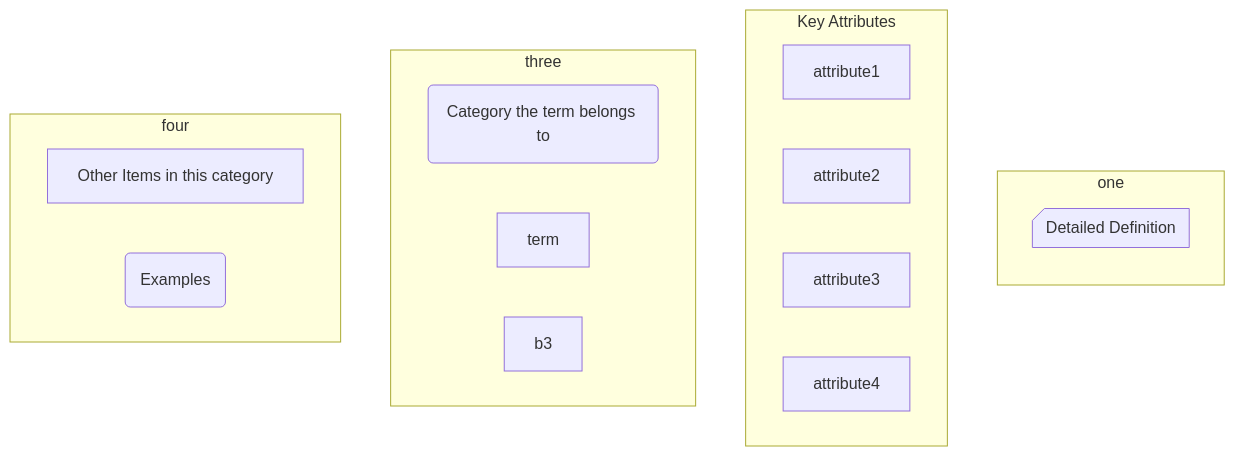
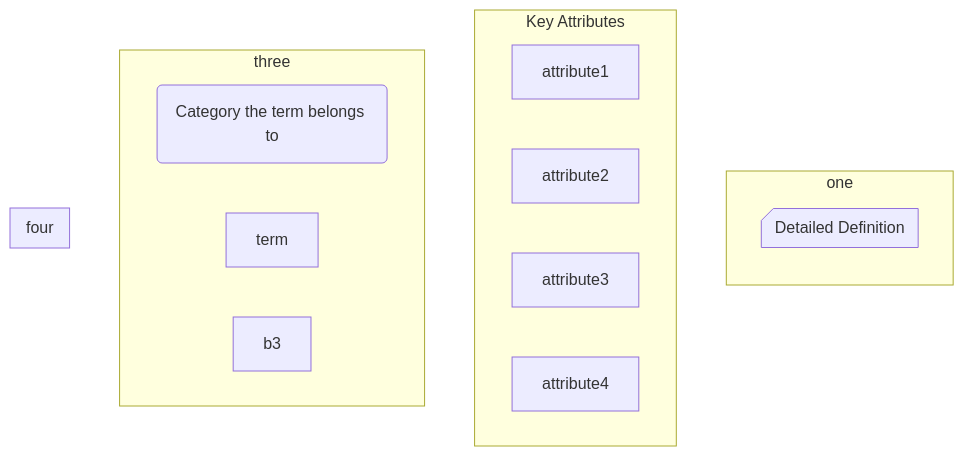
One commit to gerbssusd/dok changed the diagram in slides.md. Above: the diagram before and after it, drawn with Mermaid.

````diff
--- a/slides.md
+++ b/slides.md
@@ -217,30 +217,29 @@
 ```mermaid
 flowchart TB
     subgraph one 
      direction TB
     a1@{ shape: card, label: Detailed Definition}
      end
     subgraph Key Attributes
      d1[attribute1]
      d2[attribute2]
      d3[attribute3]
      d4[attribute4]
      end
     subgraph three
       direction LR
         b1(Category the term belongs to)
         b2[term]
         b3 
         end
     subgraph four
       direction LR
-    c1[Other Items in this category] 
-    c2(Examples)
+
     end
 
 
 
 
 
 
 ```
````
